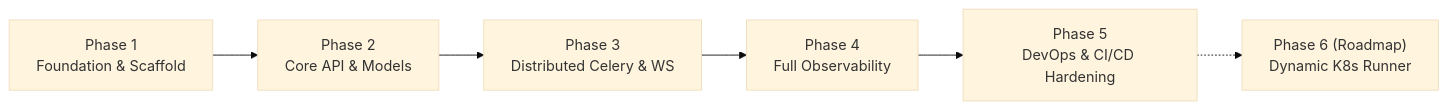
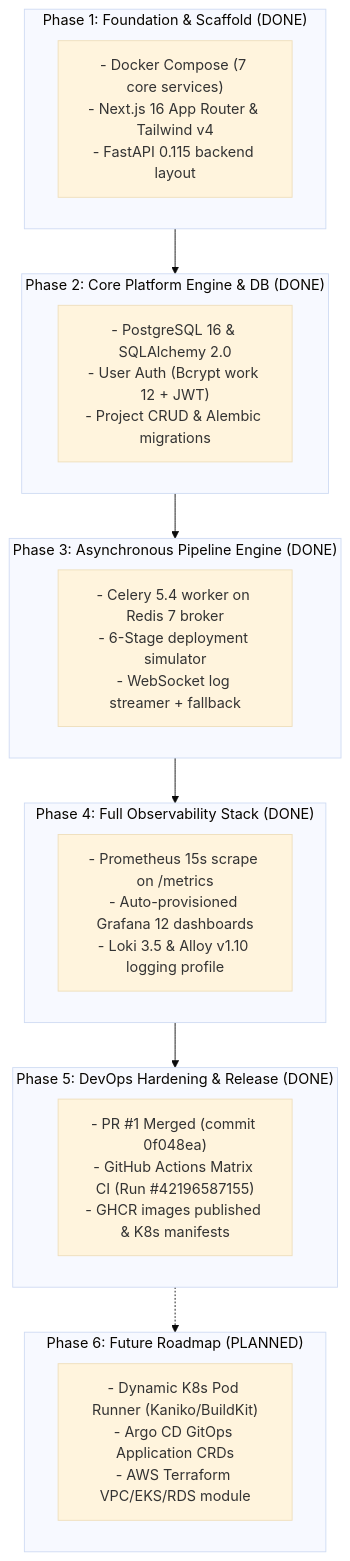
The diagram in docs/TASK.md (satviashwin369-creator/StackForge), drawn with Mermaid (base theme) before and after one commit. The commit also changed other lines of this file and 7 other files, not shown here.

Commit message:
docs(arch): add comprehensive system design diagrams (HLD, LLD, K8s, Docker, WS, ERD) and interactive visualizer

````diff
--- a/docs/TASK.md
+++ b/docs/TASK.md
@@ -15,8 +15,32 @@
 ```mermaid
-flowchart LR
-    P1["Phase 1<br/>Foundation & Scaffold"] --> P2["Phase 2<br/>Core API & Models"]
-    P2 --> P3["Phase 3<br/>Distributed Celery & WS"]
-    P3 --> P4["Phase 4<br/>Full Observability"]
-    P4 --> P5["Phase 5<br/>DevOps & CI/CD Hardening"]
-    P5 -.-> P6["Phase 6 (Roadmap)<br/>Dynamic K8s Runner"]
+flowchart TD
+    subgraph P1 ["Phase 1: Foundation & Scaffold (DONE)"]
+        D1["- Docker Compose (7 core services)<br/>- Next.js 16 App Router & Tailwind v4<br/>- FastAPI 0.115 backend layout"]
+    end
+
+    subgraph P2 ["Phase 2: Core Platform Engine & DB (DONE)"]
+        D2["- PostgreSQL 16 & SQLAlchemy 2.0<br/>- User Auth (Bcrypt work 12 + JWT)<br/>- Project CRUD & Alembic migrations"]
+    end
+
+    subgraph P3 ["Phase 3: Asynchronous Pipeline Engine (DONE)"]
+        D3["- Celery 5.4 worker on Redis 7 broker<br/>- 6-Stage deployment simulator<br/>- WebSocket log streamer + fallback"]
+    end
+
+    subgraph P4 ["Phase 4: Full Observability Stack (DONE)"]
+        D4["- Prometheus 15s scrape on /metrics<br/>- Auto-provisioned Grafana 12 dashboards<br/>- Loki 3.5 & Alloy v1.10 logging profile"]
+    end
+
+    subgraph P5 ["Phase 5: DevOps Hardening & Release (DONE)"]
+        D5["- PR #1 Merged (commit 0f048ea)<br/>- GitHub Actions Matrix CI (Run #42196587155)<br/>- GHCR images published & K8s manifests"]
+    end
+
+    subgraph P6 ["Phase 6: Future Roadmap (PLANNED)"]
+        D6["- Dynamic K8s Pod Runner (Kaniko/BuildKit)<br/>- Argo CD GitOps Application CRDs<br/>- AWS Terraform VPC/EKS/RDS module"]
+    end
+
+    P1 --> P2
+    P2 --> P3
+    P3 --> P4
+    P4 --> P5
+    P5 -.-> P6
 ```
````
